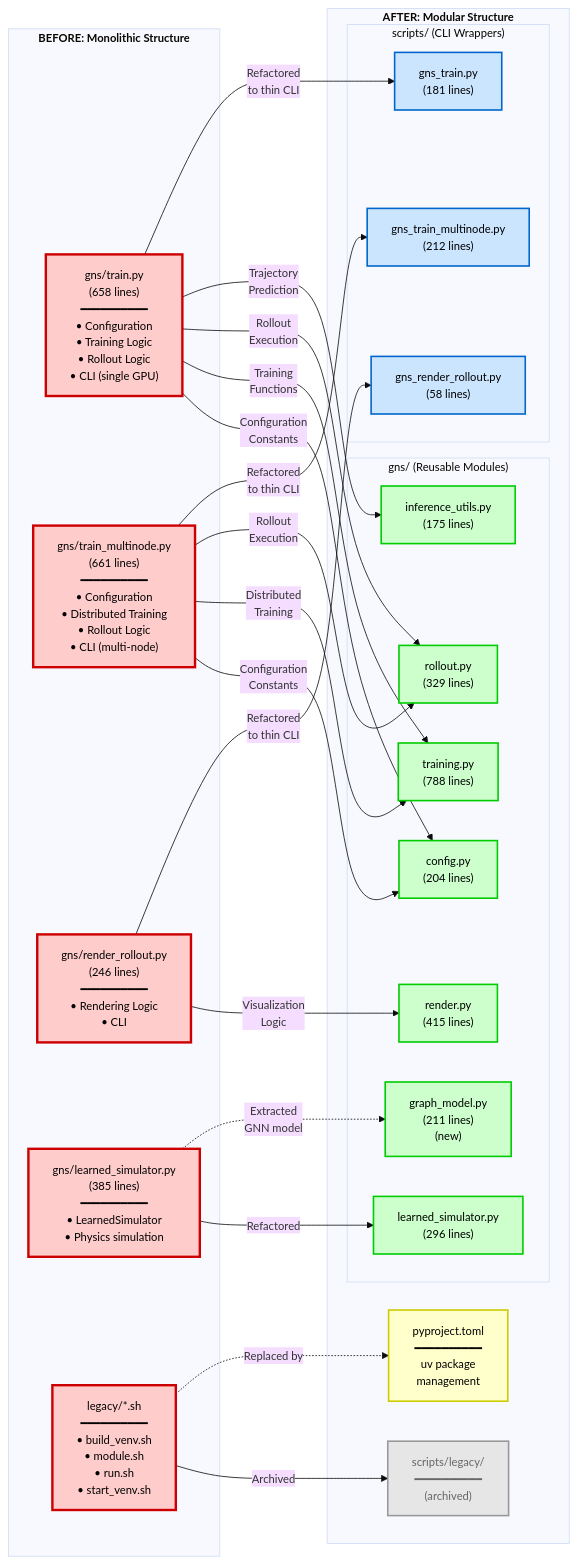
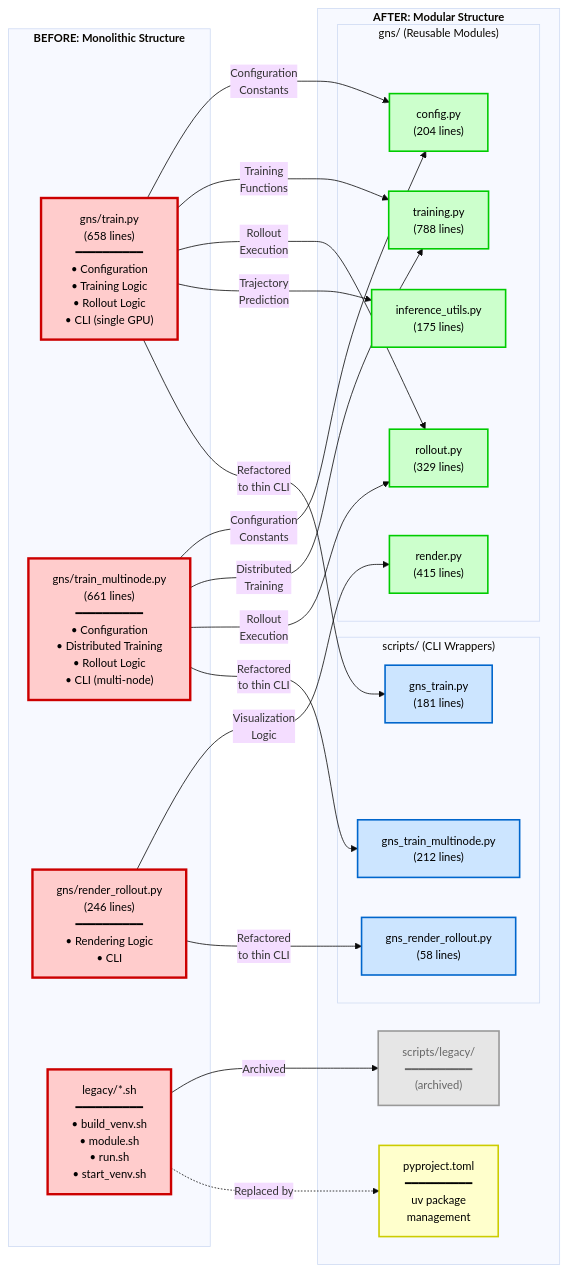
The diagram in docs/refactor/structure-migration.md (nakamoto-masa/gns), drawn with Mermaid before and after one commit. The commit also changed other lines of this file and 1 other file, not shown here.

````diff
--- a/docs/refactor/structure-migration.md
+++ b/docs/refactor/structure-migration.md
@@ -7,74 +7,67 @@
 ```mermaid
 %%{init: {'theme':'base', 'themeVariables': { 'fontSize':'14px'}}}%%
 graph LR
     subgraph BEFORE["<b>BEFORE: Monolithic Structure</b>"]
         OLD_TRAIN["gns/train.py<br/>(658 lines)<br/>━━━━━━━━━━<br/>• Configuration<br/>• Training Logic<br/>• Rollout Logic<br/>• CLI (single GPU)"]
         OLD_TRAIN_MULTI["gns/train_multinode.py<br/>(661 lines)<br/>━━━━━━━━━━<br/>• Configuration<br/>• Distributed Training<br/>• Rollout Logic<br/>• CLI (multi-node)"]
         OLD_RENDER["gns/render_rollout.py<br/>(246 lines)<br/>━━━━━━━━━━<br/>• Rendering Logic<br/>• CLI"]
-        OLD_SIMULATOR["gns/learned_simulator.py<br/>(385 lines)<br/>━━━━━━━━━━<br/>• LearnedSimulator<br/>• Physics simulation"]
         OLD_LEGACY["legacy/*.sh<br/>━━━━━━━━━━<br/>• build_venv.sh<br/>• module.sh<br/>• run.sh<br/>• start_venv.sh"]
     end
 
     subgraph AFTER["<b>AFTER: Modular Structure</b>"]
         subgraph GNS["gns/ (Reusable Modules)"]
             NEW_CONFIG["config.py<br/>(204 lines)"]
-            NEW_SIMULATOR["learned_simulator.py<br/>(296 lines)"]
-            NEW_GRAPH_MODEL["graph_model.py<br/>(211 lines)<br/>(new)"]
             NEW_TRAINING["training.py<br/>(788 lines)"]
             NEW_ROLLOUT["rollout.py<br/>(329 lines)"]
             NEW_INFERENCE["inference_utils.py<br/>(175 lines)"]
             NEW_RENDER["render.py<br/>(415 lines)"]
         end
 
         subgraph SCRIPTS["scripts/ (CLI Wrappers)"]
             NEW_TRAIN_CLI["gns_train.py<br/>(181 lines)"]
             NEW_TRAIN_MULTI["gns_train_multinode.py<br/>(212 lines)"]
             NEW_RENDER_CLI["gns_render_rollout.py<br/>(58 lines)"]
         end
 
         NEW_PYPROJECT["pyproject.toml<br/>━━━━━━━━━━<br/>uv package<br/>management"]
         NEW_ARCHIVED["scripts/legacy/<br/>━━━━━━━━━━<br/>(archived)"]
     end
 
     %% Configuration (from both train scripts)
     OLD_TRAIN -->|"Configuration<br/>Constants"| NEW_CONFIG
     OLD_TRAIN_MULTI -->|"Configuration<br/>Constants"| NEW_CONFIG
-
-    %% Model Architecture Refactoring
-    OLD_SIMULATOR -->|"Refactored"| NEW_SIMULATOR
-    OLD_SIMULATOR -.->|"Extracted<br/>GNN model"| NEW_GRAPH_MODEL
 
     %% Training Logic
     OLD_TRAIN -->|"Training<br/>Functions"| NEW_TRAINING
     OLD_TRAIN_MULTI -->|"Distributed<br/>Training"| NEW_TRAINING
 
     %% Rollout/Inference
     OLD_TRAIN -->|"Rollout<br/>Execution"| NEW_ROLLOUT
     OLD_TRAIN -->|"Trajectory<br/>Prediction"| NEW_INFERENCE
     OLD_TRAIN_MULTI -->|"Rollout<br/>Execution"| NEW_ROLLOUT
 
     %% Rendering
     OLD_RENDER -->|"Visualization<br/>Logic"| NEW_RENDER
 
     %% CLI Wrappers
     OLD_TRAIN -->|"Refactored<br/>to thin CLI"| NEW_TRAIN_CLI
     OLD_TRAIN_MULTI -->|"Refactored<br/>to thin CLI"| NEW_TRAIN_MULTI
     OLD_RENDER -->|"Refactored<br/>to thin CLI"| NEW_RENDER_CLI
 
     %% Environment
     OLD_LEGACY -->|"Archived"| NEW_ARCHIVED
     OLD_LEGACY -.->|"Replaced by"| NEW_PYPROJECT
 
     %% Styling
     classDef oldStyle fill:#ffcccc,stroke:#cc0000,stroke-width:3px,color:#000
     classDef newModuleStyle fill:#ccffcc,stroke:#00cc00,stroke-width:2px,color:#000
     classDef newCLIStyle fill:#cce5ff,stroke:#0066cc,stroke-width:2px,color:#000
     classDef newConfigStyle fill:#ffffcc,stroke:#cccc00,stroke-width:2px,color:#000
     classDef archivedStyle fill:#e6e6e6,stroke:#999999,stroke-width:2px,color:#666
 
-    class OLD_TRAIN,OLD_TRAIN_MULTI,OLD_RENDER,OLD_SIMULATOR,OLD_LEGACY oldStyle
-    class NEW_CONFIG,NEW_SIMULATOR,NEW_GRAPH_MODEL,NEW_TRAINING,NEW_ROLLOUT,NEW_INFERENCE,NEW_RENDER newModuleStyle
+    class OLD_TRAIN,OLD_TRAIN_MULTI,OLD_RENDER,OLD_LEGACY oldStyle
+    class NEW_CONFIG,NEW_TRAINING,NEW_ROLLOUT,NEW_INFERENCE,NEW_RENDER newModuleStyle
     class NEW_TRAIN_CLI,NEW_TRAIN_MULTI,NEW_RENDER_CLI newCLIStyle
     class NEW_PYPROJECT newConfigStyle
     class NEW_ARCHIVED archivedStyle
 ```
````
